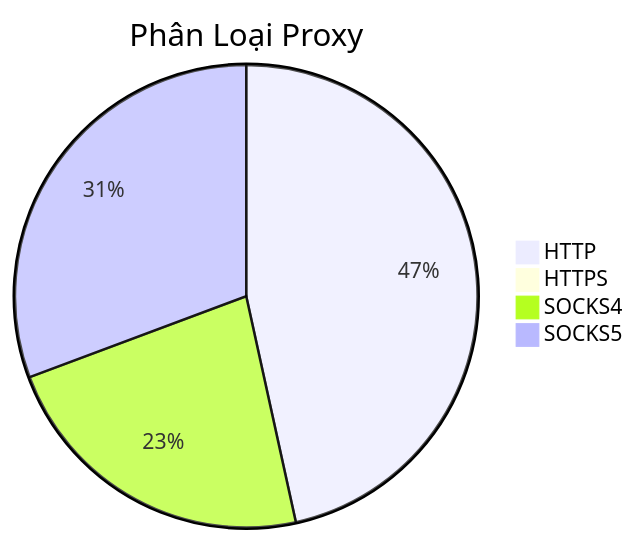
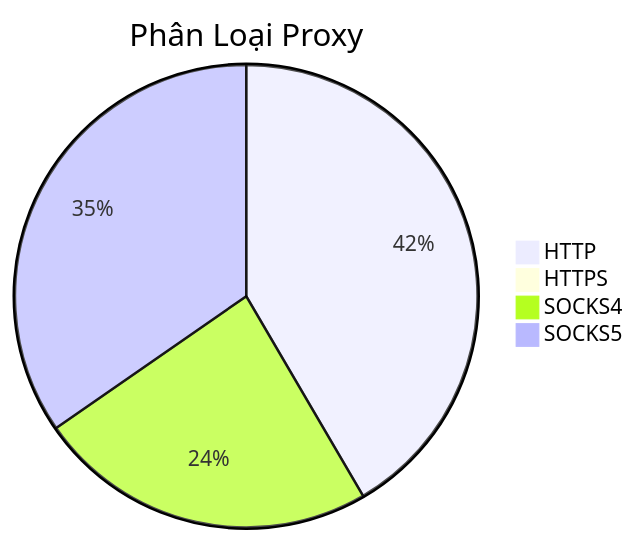
One commit to Ciara-12/PROXY-free changed the diagram in README.md. Above: the diagram before and after it, drawn with Mermaid. The commit also changed other lines of this file and 4 other files, not shown here.

````diff
--- a/README.md
+++ b/README.md
@@ -26,7 +26,7 @@
 ```mermaid
 pie title Phân Loại Proxy
-    "HTTP" : 575
-    "HTTPS" : 0
-    "SOCKS4" : 281
-    "SOCKS5" : 379
+    "HTTP" : 444
+    "HTTPS" : 1
+    "SOCKS4" : 254
+    "SOCKS5" : 370
 ```
````
